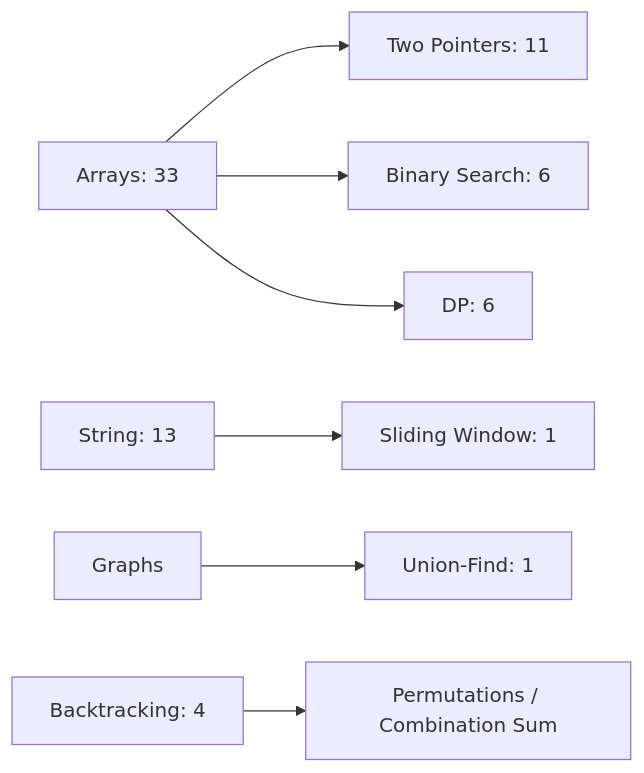
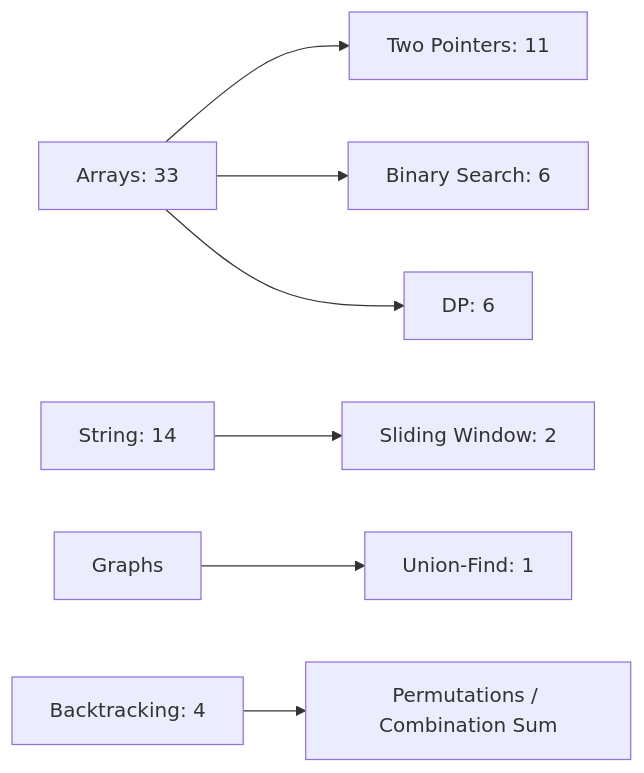
The second of 2 diagrams in README.md (manikantbindass/DSA-Preparation-FAANG), drawn with Mermaid before and after one commit. The commit also changed other lines of this file and 3 other files, not shown here.

````diff
--- a/README.md
+++ b/README.md
@@ -40,9 +40,9 @@
 ```mermaid
 flowchart LR
     A["Arrays: 33"] --> B["Two Pointers: 11"]
     A --> C["Binary Search: 6"]
     A --> D["DP: 6"]
-    E["String: 13"] --> F["Sliding Window: 1"]
+    E["String: 14"] --> F["Sliding Window: 2"]
     G["Graphs"] --> H["Union-Find: 1"]
     I["Backtracking: 4"] --> J["Permutations / Combination Sum"]
 ```
````
